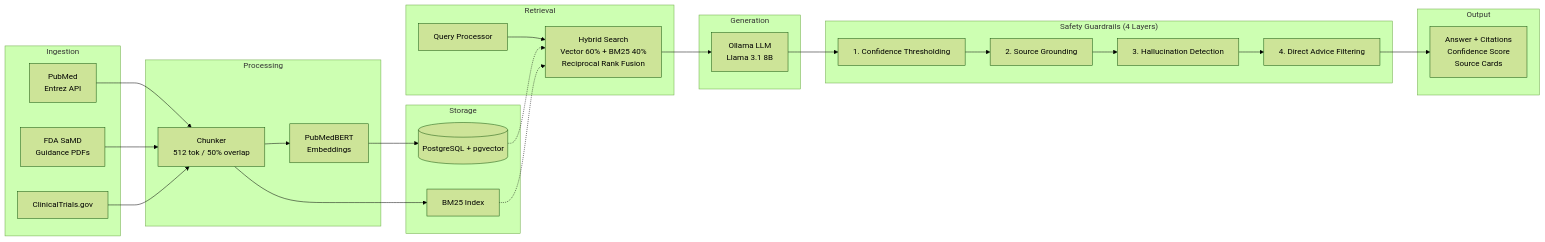
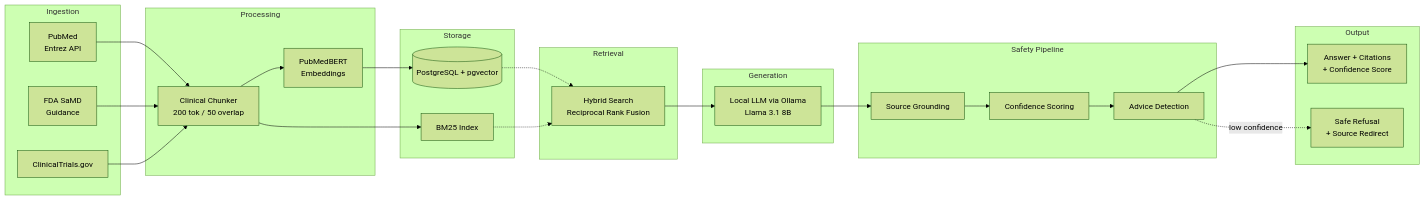
The diagram in README.md (lal-jaouni/clinical-rag-assistant), drawn with Mermaid (forest theme) before and after one commit. The commit also changed other lines of this file, not shown here.

Commit message:
Rewrite README: lead with safety architecture, add badges, remove internal planning artifacts

````diff
--- a/README.md
+++ b/README.md
@@ -30,50 +38,51 @@
 ```mermaid
 graph LR
     subgraph Ingestion
         PM[PubMed<br/>Entrez API]
-        FDA[FDA SaMD<br/>Guidance PDFs]
+        FDA[FDA SaMD<br/>Guidance]
         CT[ClinicalTrials.gov]
     end
 
     subgraph Processing
-        CH[Chunker<br/>512 tok / 50% overlap]
+        CH[Clinical Chunker<br/>200 tok / 50 overlap]
         EMB[PubMedBERT<br/>Embeddings]
     end
 
     subgraph Storage
         PG[(PostgreSQL + pgvector)]
         BM[BM25 Index]
     end
 
     subgraph Retrieval
-        QP[Query Processor]
-        RRF[Hybrid Search<br/>Vector 60% + BM25 40%<br/>Reciprocal Rank Fusion]
+        RRF[Hybrid Search<br/>Reciprocal Rank Fusion]
     end
 
     subgraph Generation
-        LLM[Ollama LLM<br/>Llama 3.1 8B]
+        LLM[Local LLM via Ollama<br/>Llama 3.1 8B]
     end
 
-    subgraph Safety["Safety Guardrails (4 Layers)"]
-        S1[1. Confidence Thresholding]
-        S2[2. Source Grounding]
-        S3[3. Hallucination Detection]
-        S4[4. Direct Advice Filtering]
+    subgraph Safety["Safety Pipeline"]
+        S1[Source Grounding]
+        S2[Confidence Scoring]
+        S3[Advice Detection]
     end
 
     subgraph Output
-        ANS[Answer + Citations<br/>Confidence Score<br/>Source Cards]
+        ANS[Answer + Citations<br/>+ Confidence Score]
+        REF[Safe Refusal<br/>+ Source Redirect]
     end
 
     PM --> CH
     FDA --> CH
     CT --> CH
     CH --> EMB --> PG
     CH --> BM
 
-    QP --> RRF
+    RRF --> LLM
     PG -.-> RRF
     BM -.-> RRF
 
-    RRF --> LLM --> S1 --> S2 --> S3 --> S4 --> ANS
+    LLM --> S1 --> S2 --> S3
+    S3 --> ANS
+    S3 -.->|low confidence| REF
 ```
````
